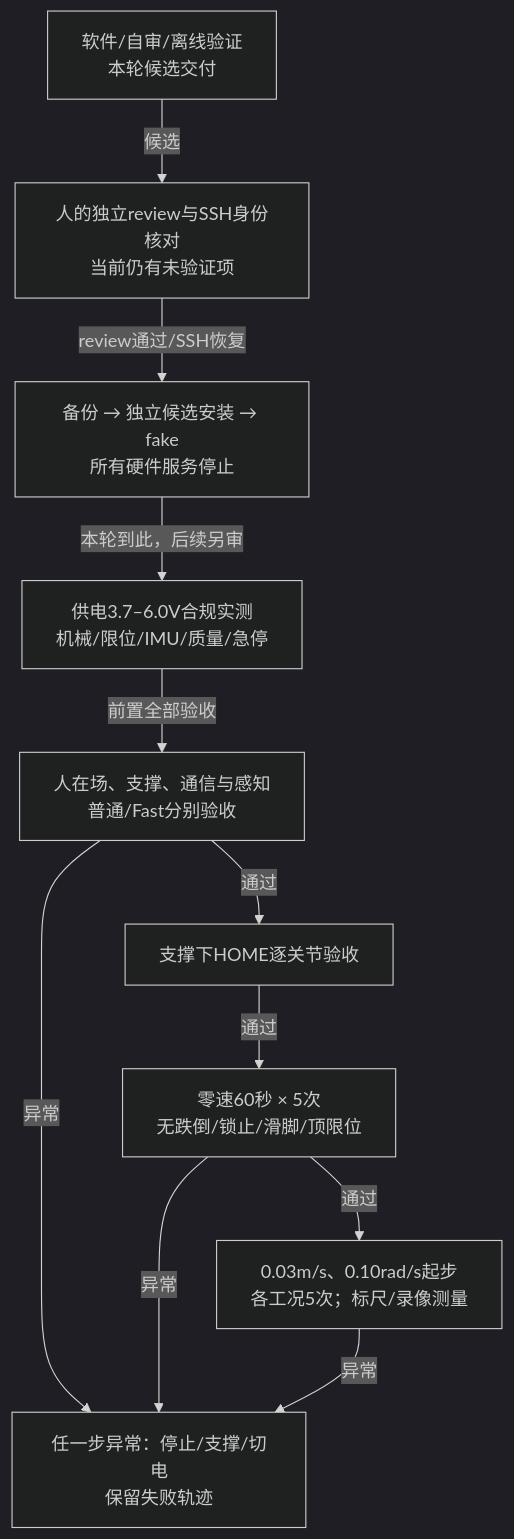
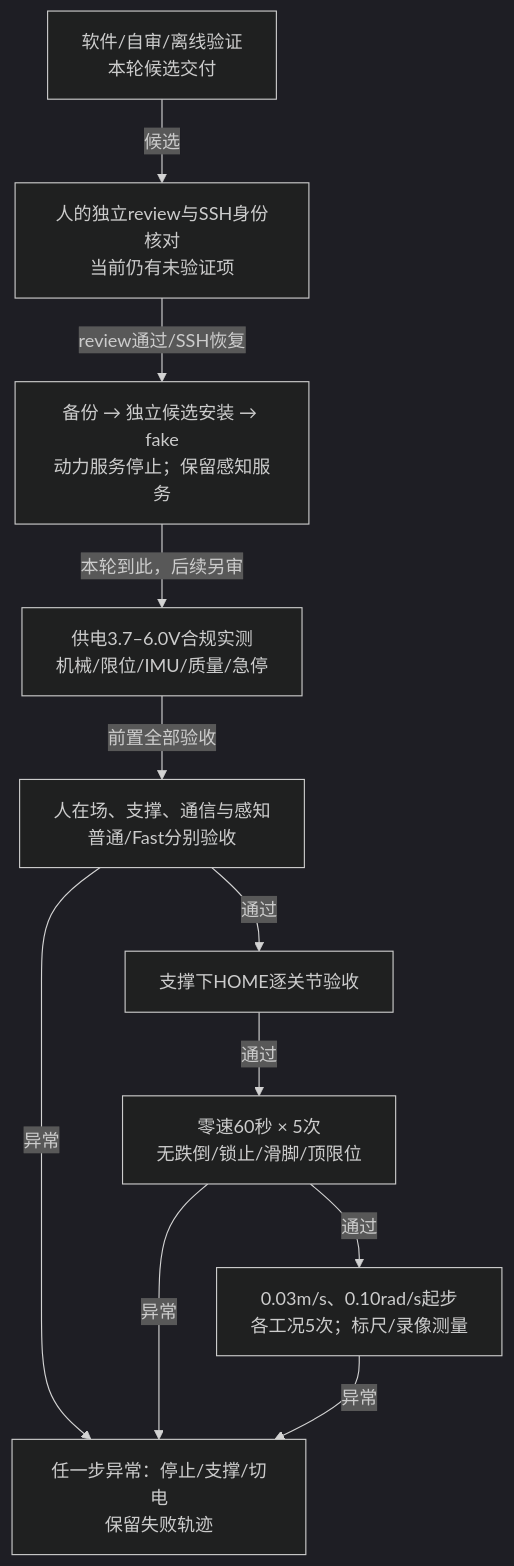
The diagram in docs/zero3w-11servo/diagrams/staged-acceptance.mmd (superobk/microduck), drawn with Mermaid (dark theme) before and after one commit. The commit also changed 18 other files, not shown here.

```diff
--- a/docs/zero3w-11servo/diagrams/staged-acceptance.mmd
+++ b/docs/zero3w-11servo/diagrams/staged-acceptance.mmd
@@ -1,20 +1,20 @@
 flowchart TD
   software["软件/自审/离线验证<br/>本轮候选交付"]
   review["人的独立review与SSH身份核对<br/>当前仍有未验证项"]
-  fake["备份 → 独立候选安装 → fake<br/>所有硬件服务停止"]
+  fake["备份 → 独立候选安装 → fake<br/>动力服务停止；保留感知服务"]
   supply["供电3.7–6.0V合规实测<br/>机械/限位/IMU/质量/急停"]
   sense["人在场、支撑、通信与感知<br/>普通/Fast分别验收"]
   home["支撑下HOME逐关节验收"]
   stand["零速60秒 × 5次<br/>无跌倒/锁止/滑脚/顶限位"]
   walk["0.03m/s、0.10rad/s起步<br/>各工况5次；标尺/录像测量"]
   stop["任一步异常：停止/支撑/切电<br/>保留失败轨迹"]
   software -->|"候选"| review
   review -->|"review通过/SSH恢复"| fake
   fake -->|"本轮到此，后续另审"| supply
   supply -->|"前置全部验收"| sense
   sense -->|"通过"| home
   home -->|"通过"| stand
   stand -->|"通过"| walk
   sense -->|"异常"| stop
   stand -->|"异常"| stop
   walk -->|"异常"| stop
```
